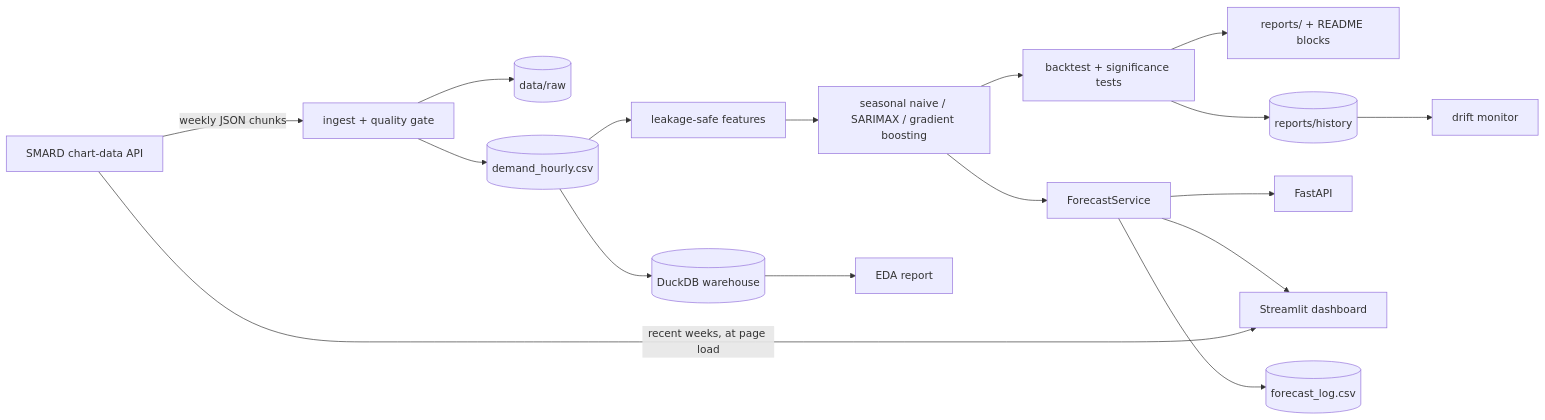
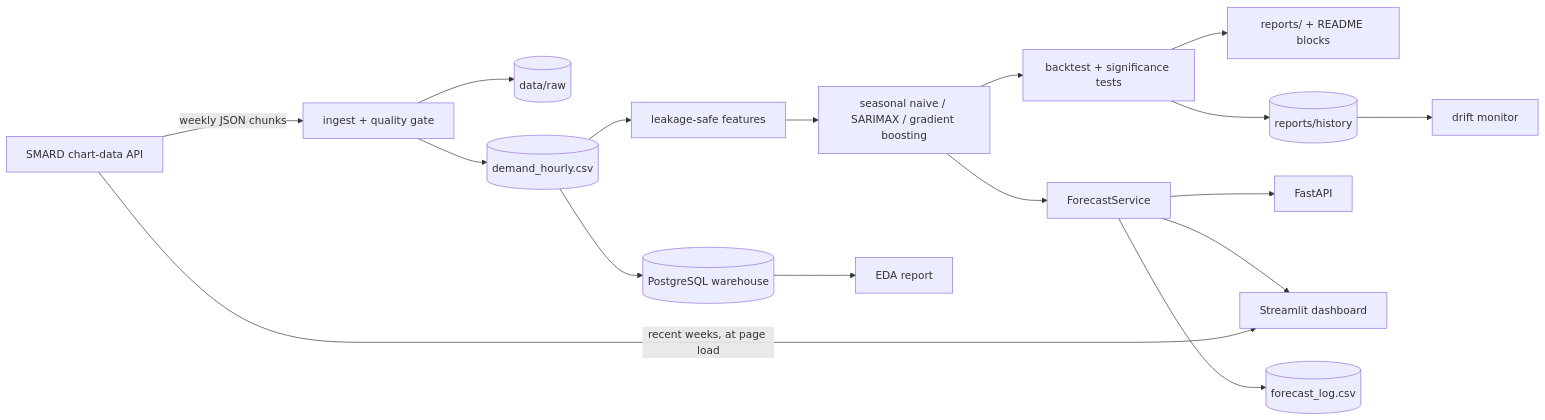
One commit to jyotishmanh07/stromblick changed the diagram in README.md. Above: the diagram before and after it, drawn with Mermaid. The commit also changed other lines of this file and 15 other files, not shown here.

Commit message:
Move the reporting warehouse from DuckDB to PostgreSQL

````diff
--- a/README.md
+++ b/README.md
@@ -29,19 +29,19 @@
 ```mermaid
 flowchart LR
     SMARD[SMARD chart-data API] -->|weekly JSON chunks| Ingest[ingest + quality gate]
     Ingest --> Raw[(data/raw)]
     Ingest --> Clean[(demand_hourly.csv)]
     Clean --> Features[leakage-safe features]
     Features --> Models[seasonal naive / SARIMAX / gradient boosting]
     Models --> Bench[backtest + significance tests]
     Bench --> Reports[reports/ + README blocks]
     Bench --> History[(reports/history)]
     History --> Drift[drift monitor]
-    Clean --> DuckDB[(DuckDB warehouse)]
-    DuckDB --> EDA[EDA report]
+    Clean --> Postgres[(PostgreSQL warehouse)]
+    Postgres --> EDA[EDA report]
     Models --> Service[ForecastService]
     Service --> API[FastAPI]
     Service --> Dash[Streamlit dashboard]
     SMARD -->|recent weeks, at page load| Dash
     Service --> Log[(forecast_log.csv)]
 ```
````
